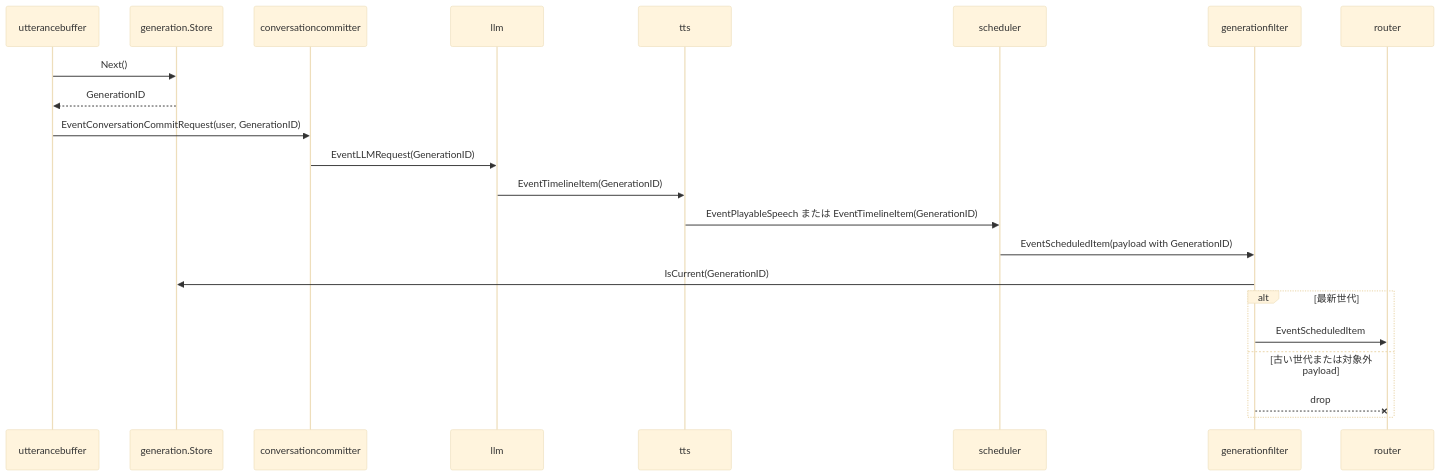
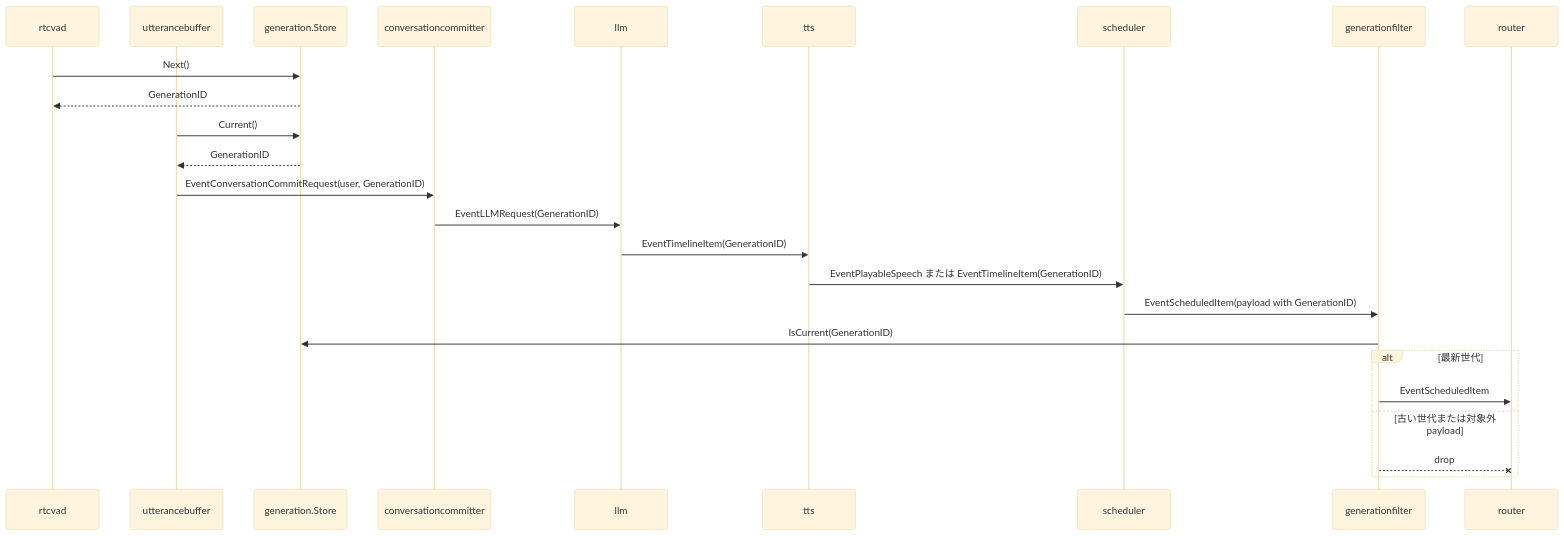
The first of 2 diagrams in docs/components/generationfilter.md (tetetratra/smart-speaker), drawn with Mermaid (base theme) before and after one commit. The commit also changed other lines of this file and 8 other files, not shown here.

Commit message:
docs: update VAD generation flow

````diff
--- a/docs/components/generationfilter.md
+++ b/docs/components/generationfilter.md
@@ -50,25 +51,28 @@
 ```mermaid
 sequenceDiagram
+    participant V as rtcvad
     participant U as utterancebuffer
     participant G as generation.Store
     participant C as conversationcommitter
     participant L as llm
     participant T as tts
     participant S as scheduler
     participant F as generationfilter
     participant R as router
 
-    U->>G: Next()
+    V->>G: Next()
+    G-->>V: GenerationID
+    U->>G: Current()
     G-->>U: GenerationID
     U->>C: EventConversationCommitRequest(user, GenerationID)
     C->>L: EventLLMRequest(GenerationID)
     L->>T: EventTimelineItem(GenerationID)
     T->>S: EventPlayableSpeech または EventTimelineItem(GenerationID)
     S->>F: EventScheduledItem(payload with GenerationID)
     F->>G: IsCurrent(GenerationID)
     alt 最新世代
         F->>R: EventScheduledItem
     else 古い世代または対象外 payload
         F--xR: drop
     end
 ```
````
